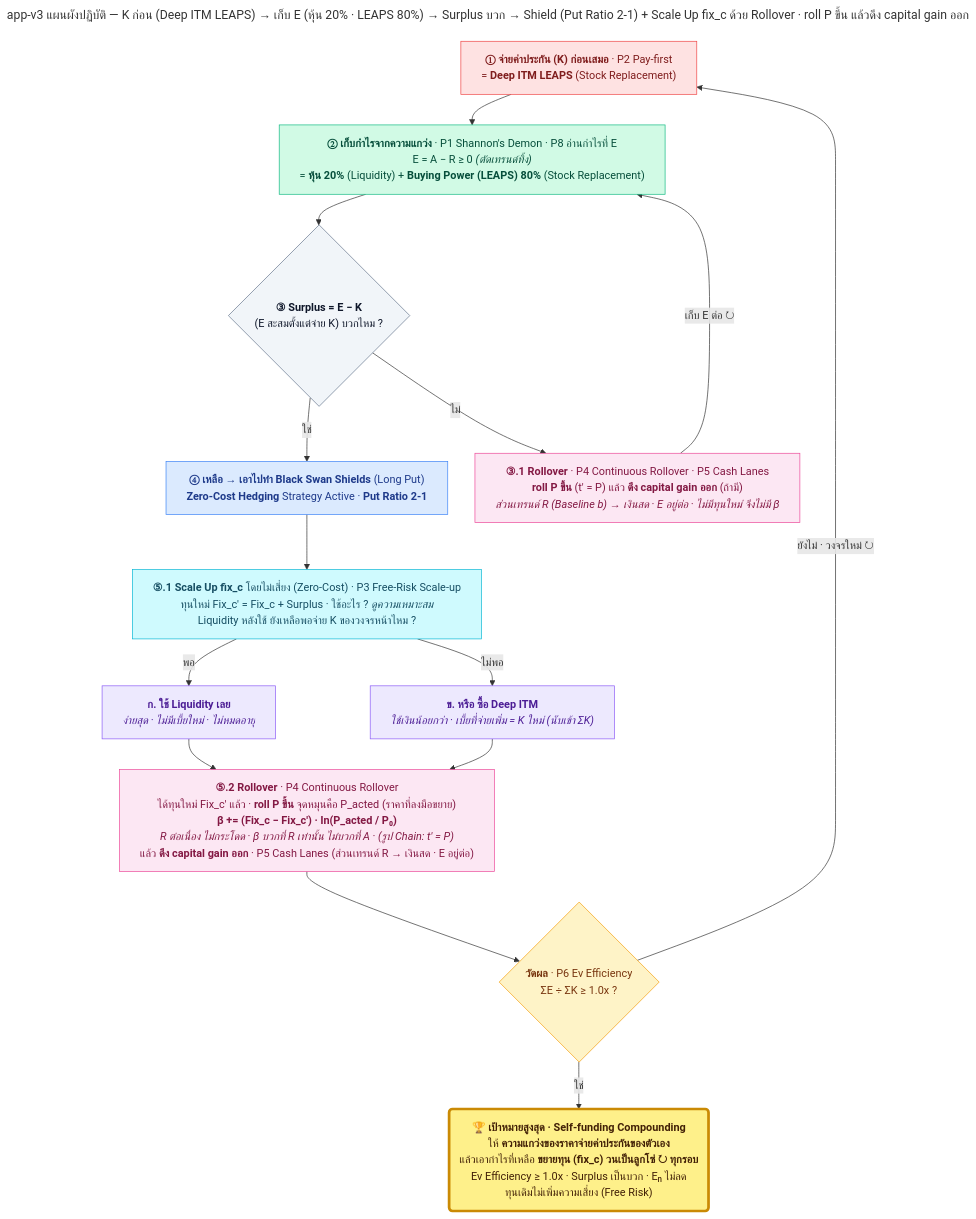
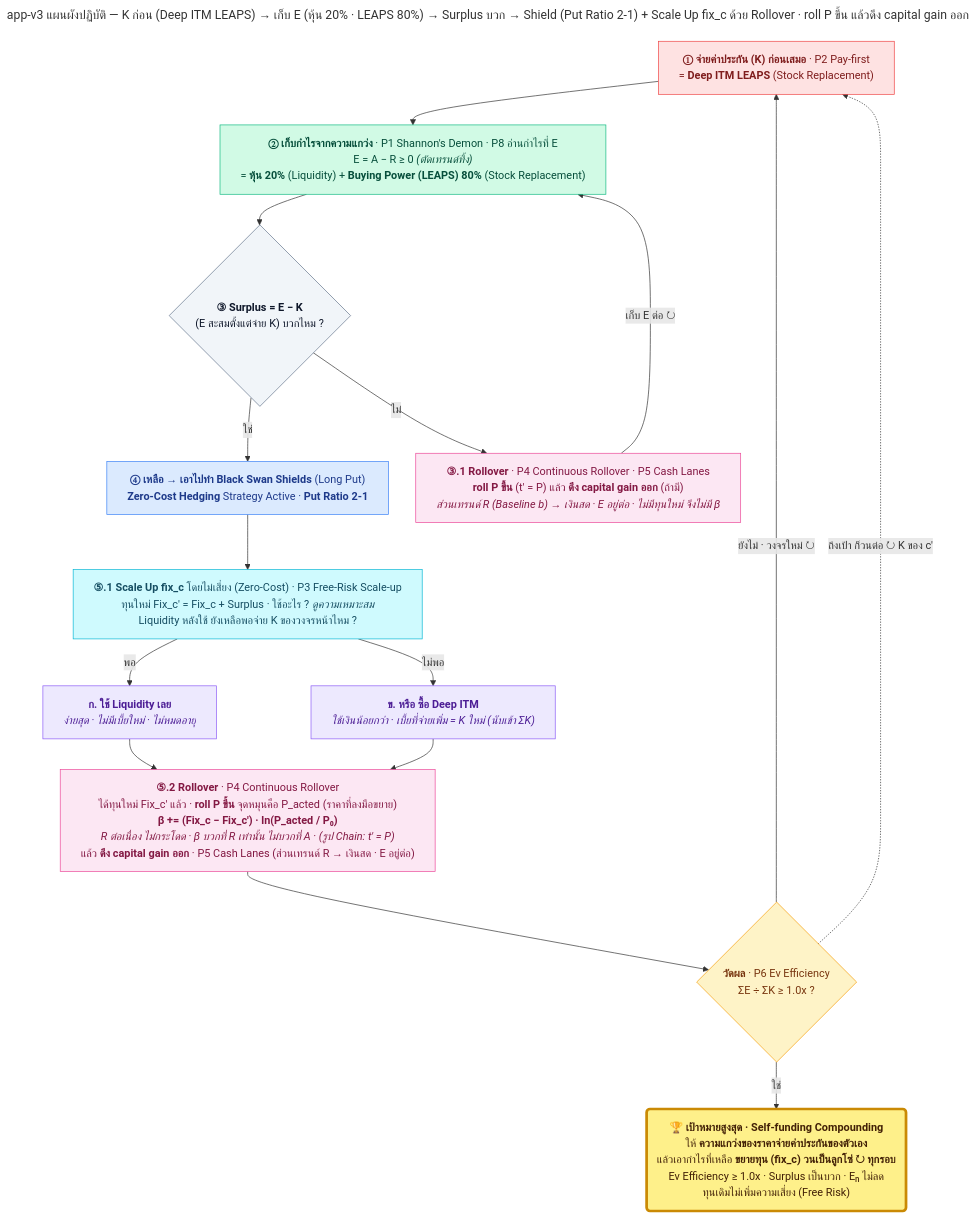
The diagram in app_v3_playbook.mmd (firstnattapon/super_app), drawn with Mermaid before and after one commit. The commit also changed 4 other files, not shown here.

```diff
--- a/app_v3_playbook.mmd
+++ b/app_v3_playbook.mmd
@@ -1,96 +1,100 @@
 ---
 title: 'app-v3 แผนผังปฏิบัติ — K ก่อน (Deep ITM LEAPS) → เก็บ E (หุ้น 20% · LEAPS 80%) → Surplus บวก → Shield (Put Ratio 2-1) + Scale Up fix_c ด้วย Rollover · roll P ขึ้น แล้วดึง capital gain ออก'
 config:
   flowchart:
     wrappingWidth: 560
     nodeSpacing: 40
     rankSpacing: 45
 ---
 %% ═══════════════════════════════════════════════════════════════════════════════
 %% app_v3_playbook.mmd — หลักการเดียวกับ app_v2_minimal.mmd แต่บอกว่า "ลงมือด้วยเครื่องมืออะไร"
 %% เป้าหมายเหมือนเดิมทุกตัวอักษร · ขั้น ①–⑤ + 1 คำถาม + 1 เช็ก
 %% หลักการที่ใช้ 7 จาก 9: P1 P2 P3 P4 P5 P6 P8 (เพิ่ม P5 Cash Lanes จาก app_v2_minimal.mmd — เลนเงินสด) · ไม่ใช้: P7 Atomic · P9 Human-in-the-loop
 %% ·
 %% วงจร:  ① จ่าย K ก่อน → ② เก็บ E ไปเรื่อยๆ → ③ Surplus = E − K บวกไหม?
 %%        ไม่  → ③.1 roll P ขึ้น แล้วดึง capital gain ออก (ถ้ามี) → กลับไปเก็บ E ต่อ (ไม่ต้องจ่าย K ซ้ำ)
 %%        ใช่  → ④ ทำ Black Swan Shields (Put Ratio 2-1) โดย ⑤.1 Scale Up fix_c แล้ว ⑤.2 Rollover (roll P ขึ้น · ดึง capital gain ออก) จากนั้นวัดผล (ถึงเป้าหมาย หรือเริ่มวงจรใหม่ที่ ①)
 %% ·
 %%   นามธรรม (app_v2_minimal.mmd · app-v3)       →  เครื่องมือจริง (แผนผังนี้)
 %%   K  จ่ายเบี้ยก่อน (P2 Pay-first)              →  ① Deep ITM LEAPS (Stock Replacement)
 %%   E  เก็บกำไรจากความแกว่ง (P1 · P8)            →  ② หุ้น 20% (Liquidity) + Buying Power (LEAPS) 80% (Stock Replacement)
 %%   S  Surplus = E − K บวกไหม?                    →  ③ เหมือนเดิม
 %%   (ส่วนที่เหลือ)                                →  ④ Black Swan Shields (Long Put) · Zero-Cost Hedging Strategy Active · Put Ratio 2-1
 %%   โต c′ = c + Surplus (P3 Free-Risk Scale-up)   →  ⑤.1 Scale Up fix_c โดยไม่เสี่ยง (Zero-Cost) — ใช้ Liquidity เลย หรือ ซื้อ Deep ITM ก็ได้ ดูความเหมาะสม
 %%   เกณฑ์เลือก ก./ข. (ข้อเสนอ · ปรับได้)          →  ถ้าใช้ Liquidity แล้วยังเหลือพอจ่าย K ของวงจรหน้า → ก. · ไม่พอ → ข.
 %%   วนต่อ t′ = P (P4 Continuous Rollover)         →  ⑤.2 Rollover: β += (Fix_c − Fix_c′) · ln(P_acted / P₀) — ทุนเปลี่ยนแล้ว เส้นอ้างอิง R ไม่กระโดด
 %%   capital gain (เทรนด์ R = Baseline b)           →  ③.1 / ⑤.2: roll P ขึ้น (t′ = P) แล้วดึงออกเป็นเงินสด (Extract → Pool CF · P5 Cash Lanes) — ไม่เอาไปขยาย fix_c
 %%   ไม่เหลือ                                      →  ③.1 แล้วกลับไปเก็บ E ต่อ
 %%   วัดผล Ev Efficiency = ΣE ÷ ΣK (P6)           →  เช็กหลัง Scale Up ถึง 1.0x = ถึงเป้าหมาย · ยังไม่ถึง = วงจรใหม่
 %% ·
 %% หมายเหตุ
 %%  · E = A − R (สมการ LEGO: A = เงินสดจากการ rebalance · R = เส้นอ้างอิงตามเทรนด์) ≥ 0 เสมอ — ถ้าเขียน R − A จะติดลบเสมอ
 %%  · ลำดับในแผนผังนี้คือ "ลำดับลงมือ" (จ่าย K ก่อน แล้วค่อยเก็บ E) · E ใน ③ คือ E ที่สะสมตั้งแต่จ่าย K
 %%  · หุ้น 20% + LEAPS 80% = 100% ของ exposure ที่ถืออยู่ · "Deep ITM" ใน ⑤.1 คือ Deep ITM เดียวกับ ① (LEAPS)
 %%  · Put Ratio 2-1 เขียนตามที่ระบุ — ยังไม่กำหนดฝั่งซื้อ/ขายและ strike (เลือกเมื่อลงมือจริง)
 %%  · เกณฑ์เลือก ก./ข. ใน ⑤.1 เป็นข้อเสนอ ไม่ใช่กฎที่ระบุมา: "Liquidity" ในเกณฑ์ = เงินสด/ส่วนที่ขายเป็นเงินได้ทันที ·
 %%    เหตุผล = จ่าย K ก่อนเสมอ (P2) จึงห้ามให้การขยายกินเงินที่ต้องกันไว้จ่าย K · ก. คือทางตรง (ไม่มีเบี้ยใหม่ ไม่หมดอายุ) ·
 %%    ข. ใช้เงินน้อยกว่าสำหรับ exposure เท่ากัน แต่เบี้ย (time value) ที่จ่ายเพิ่มคือ K ใหม่ ต้องนับเข้า ΣK ให้ Ev Efficiency ไม่เกินจริง
 %%  · Rollover (P4) ตามนิยามใน firstnattapon/streamlit_lego (cheat_sheet/rollover.mmd): ได้ทุนใหม่ก่อน (⑤.1) แล้วค่อย Rollover (⑤.2) · P₀ ตรึงไว้ ไม่เปลี่ยน · จุดหมุนคือ P_acted (ราคา ACT ล่าสุด) ·
 %%    ทำเมื่อ Fix_c_new ≠ Fix_c คือเมื่อ ③ ตอบ "ใช่" (Surplus บวก ทุนโต) · ③ ตอบ "ไม่" = ทุนไม่เปลี่ยน = "ข้าม" ส่วน β (ไม่มีอะไรให้ชดเชย) —
 %%    ③.1 จึงมีแค่ roll P ขึ้น กับดึง capital gain ออก ส่วน ⑤.2 มี β ด้วย
 %%  · ทำไมต้อง Rollover: ทุนโตแล้ว R = Fix_c · ln(P / P₀) ชันขึ้น — ถ้าไม่ชดเชยด้วย β เส้น R จะกระโดดที่จุดหมุน ส่วนต่าง (Fix_c′ − Fix_c) · ln(P_acted / P₀) ·
 %%    E = A − R จึงเพี้ยน (กำไรปลอม/ขาดทุนปลอม และ E ≥ 0 พังได้) · ตัวอย่าง P₀ 100 · P_acted 110 · ทุน 1,500 → 2,500: ไม่ Rollover E = 7.03 → −88.28 · Rollover E คงที่ 7.03
 %%  · รูป Chain ของหลักเดียวกัน (app-v3 ขั้น ⑤ "t′ = P") = ตั้งจุดหมุนใหม่ที่ราคาปัจจุบัน แล้วรอบหน้าเริ่มนับที่นั่น — แผนผังนี้ใช้รูป LEGO (P₀ ตรึง + β) เพราะเป็นต้นฉบับ
 %%  · capital gain = เงินสดจากการ rebalance A = c · (x − 1) = เทรนด์ R + กำไรจากความแกว่ง E · ที่ "ดึงออก" คือส่วนเทรนด์ R (Baseline b ของ Chain) ·
 %%    E อยู่ในระบบ เพราะ E จ่าย K และเป็น Surplus (P8: ตัดเทรนด์ทิ้ง) · เทรนด์ไม่ใช่ Surplus จึงไม่เอาไปขยาย fix_c (ราคากลับ เทรนด์ก็หาย)
 %%  · ตัวอย่าง fix_c 1,500 · t 10 → P 15 (Hedge ×1): A 750.00 = R 608.20 + E 141.80 · K 185.94 → Surplus −44.14 (③ ตอบ "ไม่") →
 %%    ③.1 roll P ขึ้น (t′ = 15) · ดึง R 608.20 ออก · E 141.80 อยู่ต่อ · ตรวจกับ ledger_v2: แถว Extract Baseline ไม่เปลี่ยน A · R · E, chain ต่อเนื่อง, integrity ผ่าน
 %%  · Rollover ก่อนค่อยดึง: R ต่อเนื่องที่จุดหมุน จำนวนที่ดึงออกจึงเป็น capital gain จริง ไม่ถูกทุนใหม่ทำให้เพี้ยน
 %%  · ข้อแม้: เงินที่ดึงออกไม่ใช่กระสุนซื้อคืนของ demon อีกต่อไป (ถ้าราคากลับ ต้องมีแหล่งซื้อคืนอื่น เช่น Liquidity ที่กันไว้) ·
 %%    เงินที่ดึงออกพักเป็น EV Reserve เพื่อจ่าย K ได้ (Pool CF → EV Reserve) · ถ้า roll LEAPS ขึ้น เบี้ยใหม่ = K ใหม่ นับเข้า ΣK (เหมือน ⑤.1 ข.)
+%%  · วงจรปิดเสมอ: ผ่าน "วัดผล" แล้ว (ถึงเป้าหรือยัง) รอบถัดไปเริ่มที่ ① — จ่าย K ของทุนใหม่ c′ ก่อนเสมอ ·
+%%    "วัดผล" เป็นป้ายสถานะ (นับสะสมทุกวงจร รวมเบี้ย K′ ของ ข.) ไม่ใช่ประตู · ในวงจรเดียว ③ "ใช่" (E > K) ทำให้ ΣE ÷ ΣK ≥ 1.0x อยู่แล้ว —
+%%    เป็นคำถามเดียวกันคนละหน่วย (ผลต่าง กับ อัตราส่วน)
 %% ═══════════════════════════════════════════════════════════════════════════════
 flowchart TB
 
   K["<b>① จ่ายค่าประกัน (K) ก่อนเสมอ</b> · P2 Pay-first<br/>= <b>Deep ITM LEAPS</b> (Stock Replacement)"]
   E["<b>② เก็บกำไรจากความแกว่ง</b> · P1 Shannon's Demon · P8 อ่านกำไรที่ E<br/>E = A − R ≥ 0 <i>(ตัดเทรนด์ทิ้ง)</i><br/>= <b>หุ้น 20%</b> (Liquidity) + <b>Buying Power (LEAPS) 80%</b> (Stock Replacement)"]
   D{"<b>③ Surplus = E − K</b><br/>(E สะสมตั้งแต่จ่าย K) บวกไหม ?"}
   CG["<b>③.1 Rollover</b> · P4 Continuous Rollover · P5 Cash Lanes<br/><b>roll P ขึ้น</b> (t′ = P) แล้ว <b>ดึง capital gain ออก</b> (ถ้ามี)<br/><i>ส่วนเทรนด์ R (Baseline b) → เงินสด · E อยู่ต่อ · ไม่มีทุนใหม่ จึงไม่มี β</i>"]
   A["<b>④ เหลือ → เอาไปทำ Black Swan Shields</b> (Long Put)<br/><b>Zero-Cost Hedging</b> Strategy Active · <b>Put Ratio 2-1</b>"]
   S["<b>⑤.1 Scale Up fix_c</b> โดยไม่เสี่ยง (Zero-Cost) · P3 Free-Risk Scale-up<br/>ทุนใหม่ Fix_c′ = Fix_c + Surplus · ใช้อะไร ? <i>ดูความเหมาะสม</i><br/>Liquidity หลังใช้ ยังเหลือพอจ่าย K ของวงจรหน้าไหม ?"]
   L["<b>ก. ใช้ Liquidity เลย</b><br/><i>ง่ายสุด · ไม่มีเบี้ยใหม่ · ไม่หมดอายุ</i>"]
   I["<b>ข. หรือ ซื้อ Deep ITM</b><br/><i>ใช้เงินน้อยกว่า · เบี้ยที่จ่ายเพิ่ม = K ใหม่ (นับเข้า ΣK)</i>"]
   RO["<b>⑤.2 Rollover</b> · P4 Continuous Rollover<br/>ได้ทุนใหม่ Fix_c′ แล้ว · <b>roll P ขึ้น</b> จุดหมุนคือ P_acted (ราคาที่ลงมือขยาย)<br/><b>β += (Fix_c − Fix_c′) · ln(P_acted / P₀)</b><br/><i>R ต่อเนื่อง ไม่กระโดด · β บวกที่ R เท่านั้น ไม่บวกที่ A · (รูป Chain: t′ = P)</i><br/>แล้ว <b>ดึง capital gain ออก</b> · P5 Cash Lanes (ส่วนเทรนด์ R → เงินสด · E อยู่ต่อ)"]
   Q{"<b>วัดผล</b> · P6 Ev Efficiency<br/>ΣE ÷ ΣK ≥ 1.0x ?"}
   GOAL("🏆 <b>เป้าหมายสูงสุด · Self-funding Compounding</b><br/>ให้ <b>ความแกว่งของราคาจ่ายค่าประกันของตัวเอง</b><br/>แล้วเอากำไรที่เหลือ <b>ขยายทุน (fix_c) วนเป็นลูกโซ่ ↻ ทุกรอบ</b><br/>Ev Efficiency ≥ 1.0x · Surplus เป็นบวก · Eₙ ไม่ลด<br/>ทุนเดิมไม่เพิ่มความเสี่ยง (Free Risk)")
 
   K --> E --> D
   D -->|ใช่| A
   D -->|ไม่| CG
   CG -->|เก็บ E ต่อ ↻| E
   A --> S
   S -->|พอ| L
   S -->|ไม่พอ| I
   L --> RO
   I --> RO
   RO --> Q
   Q -->|ใช่| GOAL
   Q -->|ยังไม่ · วงจรใหม่ ↻| K
+  Q -.->|ถึงเป้า ก็วนต่อ ↻ K ของ c′| K
 
   classDef cost fill:#fee2e2,stroke:#ef4444,color:#7f1d1d
   classDef money fill:#d1fae5,stroke:#10b981,color:#064e3b
   classDef dec fill:#f1f5f9,stroke:#64748b,color:#0f172a
   classDef shield fill:#dbeafe,stroke:#3b82f6,color:#1e3a8a
   classDef scale fill:#cffafe,stroke:#06b6d4,color:#164e63
   classDef alt fill:#ede9fe,stroke:#8b5cf6,color:#4c1d95
   classDef roll fill:#fce7f3,stroke:#ec4899,color:#831843
   classDef score fill:#fef3c7,stroke:#f59e0b,color:#78350f
   classDef goal fill:#fef08a,stroke:#ca8a04,stroke-width:4px,color:#422006
   class K cost
   class E money
   class D dec
   class A shield
   class S scale
   class L,I alt
   class CG,RO roll
   class Q score
   class GOAL goal
```
